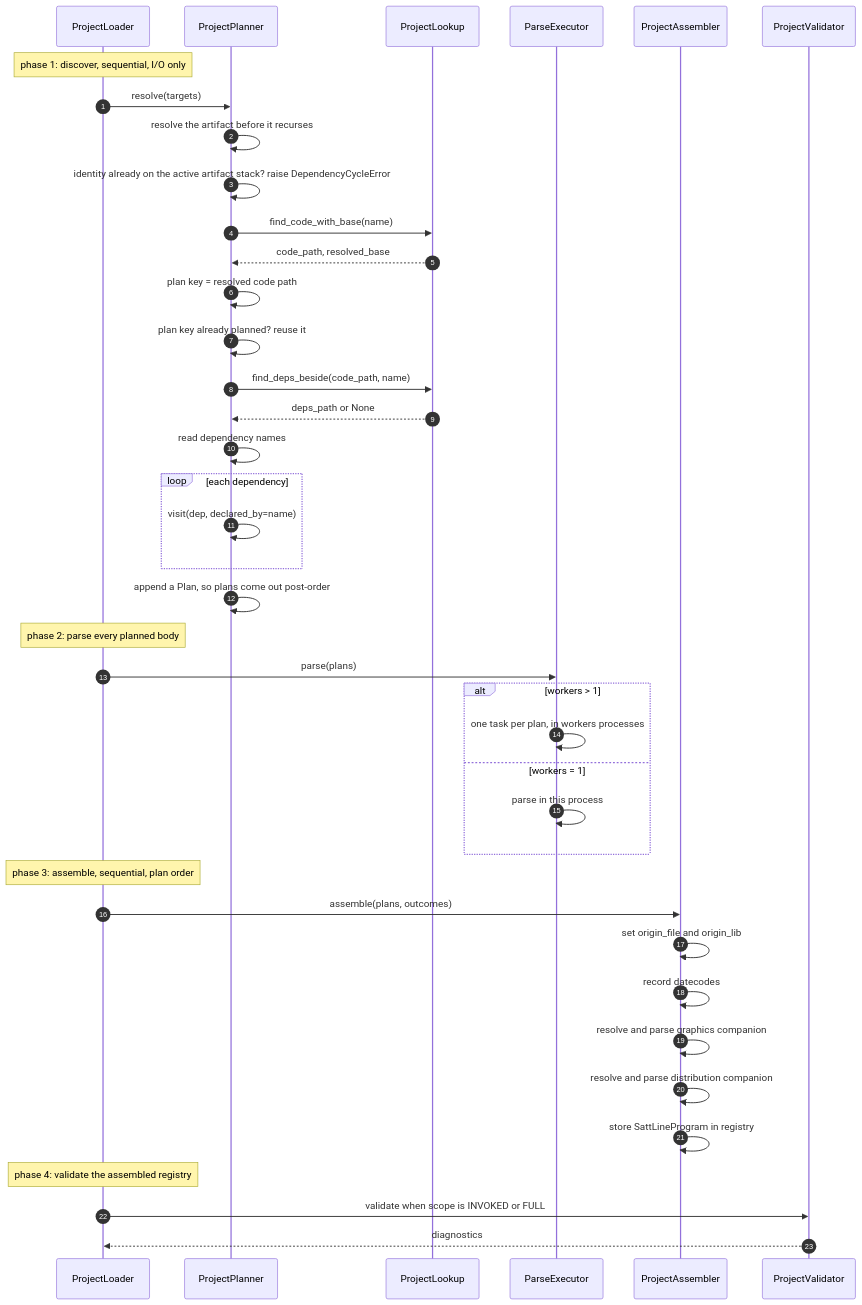
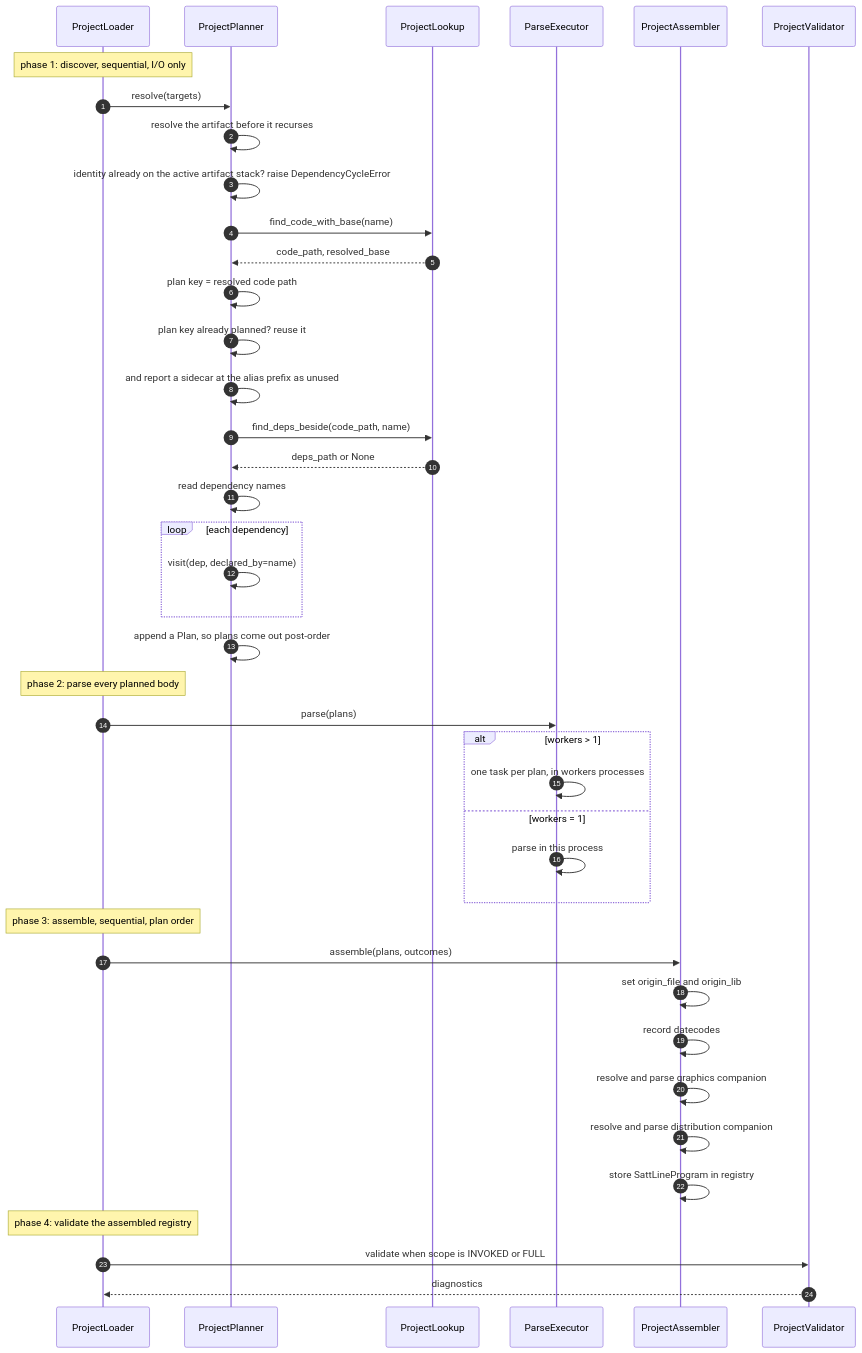
One commit to SorenHJohansen/sattline-parser changed the third of 8 diagrams in docs/project.md. Above: the diagram before and after it, drawn with Mermaid. The commit also changed other lines of this file and 4 other files, not shown here.

First line of the commit message:
fix(project): resolve an alias body before its sidecar

````diff
--- a/docs/project.md
+++ b/docs/project.md
@@ -143,43 +143,44 @@
 ```mermaid
 sequenceDiagram
     autonumber
     participant L as ProjectLoader
     participant PL as ProjectPlanner
     participant F as ProjectLookup
     participant X as ParseExecutor
     participant A as ProjectAssembler
     participant VAL as ProjectValidator
 
     Note over L: phase 1: discover, sequential, I/O only
     L->>PL: resolve(targets)
     PL->>PL: resolve the artifact before it recurses
     PL->>PL: identity already on the active artifact stack? raise DependencyCycleError
     PL->>F: find_code_with_base(name)
     F-->>PL: code_path, resolved_base
     PL->>PL: plan key = resolved code path
     PL->>PL: plan key already planned? reuse it
+    PL->>PL: and report a sidecar at the alias prefix as unused
     PL->>F: find_deps_beside(code_path, name)
     F-->>PL: deps_path or None
     PL->>PL: read dependency names
     loop each dependency
         PL->>PL: visit(dep, declared_by=name)
     end
     PL->>PL: append a Plan, so plans come out post-order
     Note over L: phase 2: parse every planned body
     L->>X: parse(plans)
     alt workers > 1
         X->>X: one task per plan, in workers processes
     else workers = 1
         X->>X: parse in this process
     end
     Note over L: phase 3: assemble, sequential, plan order
     L->>A: assemble(plans, outcomes)
     A->>A: set origin_file and origin_lib
     A->>A: record datecodes
     A->>A: resolve and parse graphics companion
     A->>A: resolve and parse distribution companion
     A->>A: store SattLineProgram in registry
     Note over L: phase 4: validate the assembled registry
     L->>VAL: validate when scope is INVOKED or FULL
     VAL-->>L: diagnostics
 ```
````
